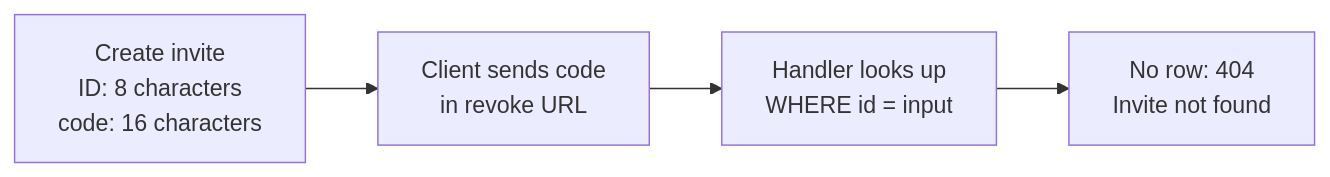
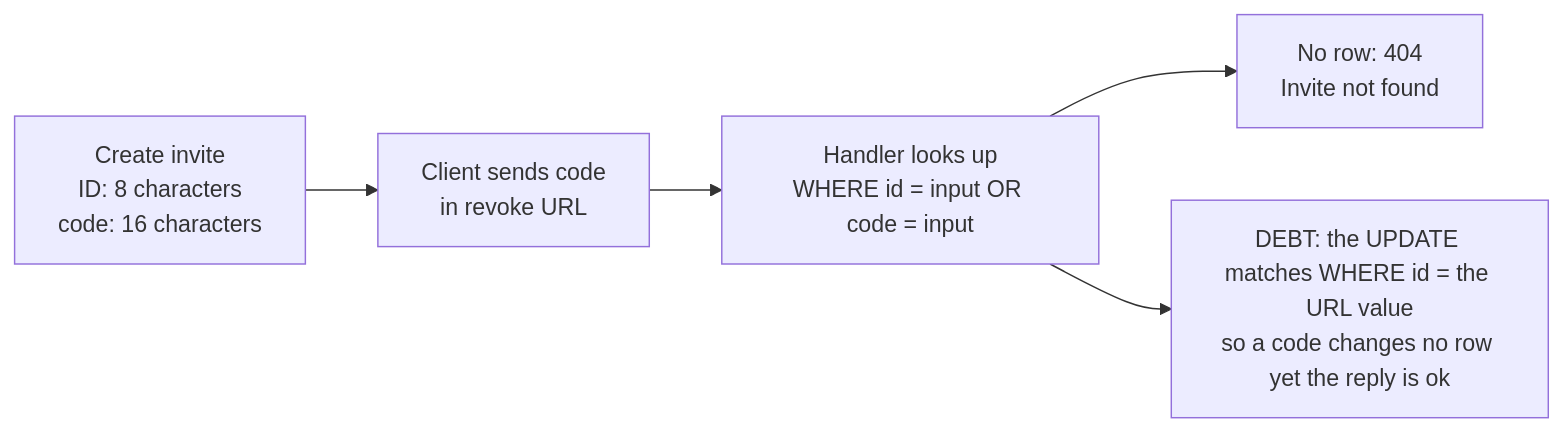
Before and after one commit to DreamLab-AI/VisionFlow: the fourth of 6 diagrams in docs/diagrams/nostr-rust-forum/25-membership-lifecycle-and-admin-consistency.md, drawn with Mermaid. The commit also changed other lines of this file and 59 other files, not shown here.

First line of the commit message:
docs(diagrams): re-derive and re-stamp forum, website, pod, ontomark and sealmap topics

````diff
--- a/docs/diagrams/nostr-rust-forum/25-membership-lifecycle-and-admin-consistency.md
+++ b/docs/diagrams/nostr-rust-forum/25-membership-lifecycle-and-admin-consistency.md
@@ -95,12 +95,15 @@
 ```mermaid
 flowchart LR
-    %% Source: ../nostr-rust-forum/crates/nostr-bbs-auth-worker/src/invites.rs:361
+    %% Source: ../nostr-rust-forum/crates/nostr-bbs-auth-worker/src/invites.rs:362
     A["Create invite<br/>ID: 8 characters<br/>code: 16 characters"]
     %% Source: ../nostr-rust-forum/crates/nostr-bbs-forum-client/src/admin/invites.rs:175
     B["Client sends code<br/>in revoke URL"]
     %% Source: ../nostr-rust-forum/crates/nostr-bbs-auth-worker/src/invites.rs:733
-    C["Handler looks up<br/>WHERE id = input"]
-    %% Source: ../nostr-rust-forum/crates/nostr-bbs-auth-worker/src/invites.rs:742
+    C["Handler looks up<br/>WHERE id = input OR code = input"]
+    %% Source: ../nostr-rust-forum/crates/nostr-bbs-auth-worker/src/invites.rs:743
     D["No row: 404<br/>Invite not found"]
+    %% Source: ../nostr-rust-forum/crates/nostr-bbs-auth-worker/src/invites.rs:761
+    E["DEBT: the UPDATE matches WHERE id = the URL value<br/>so a code changes no row yet the reply is ok"]
     A --> B --> C --> D
+    C --> E
 ```
````
